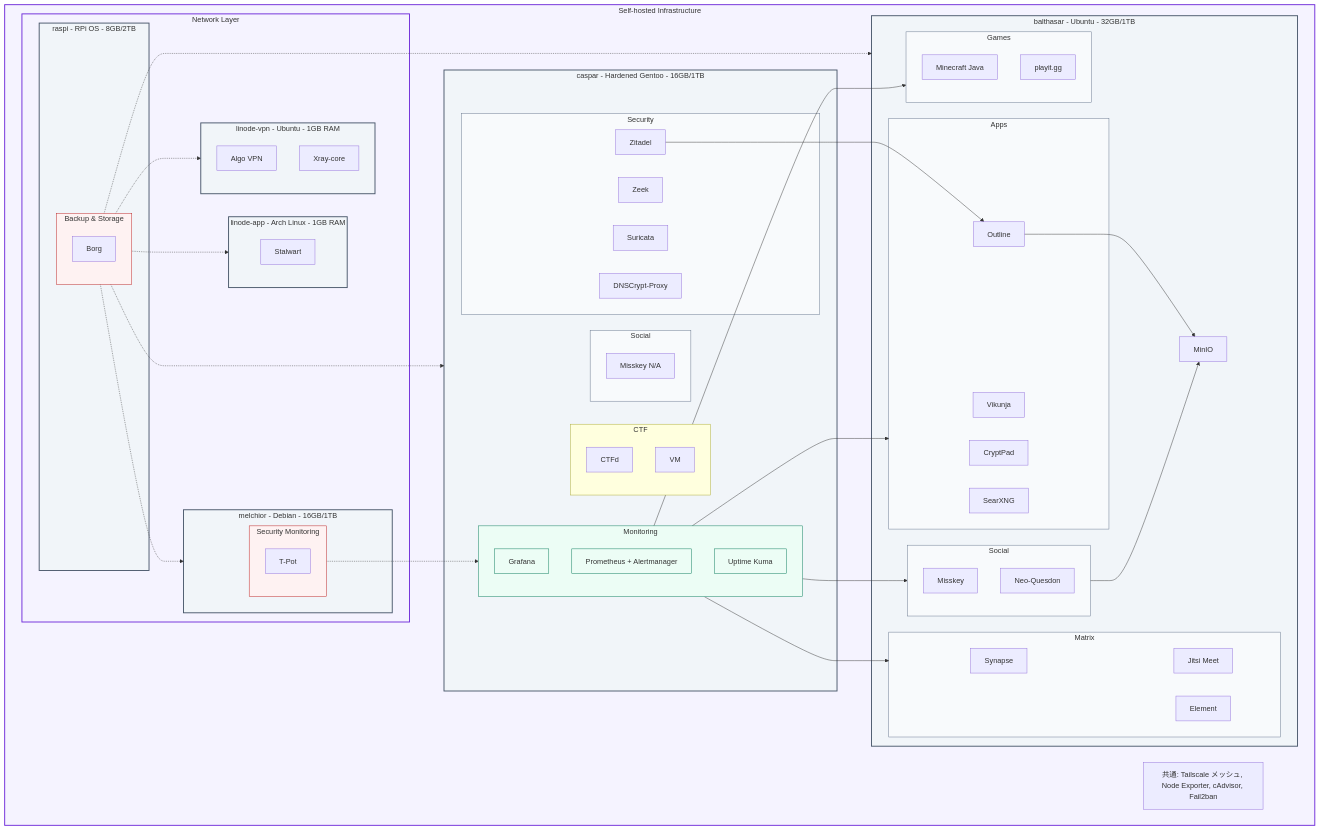
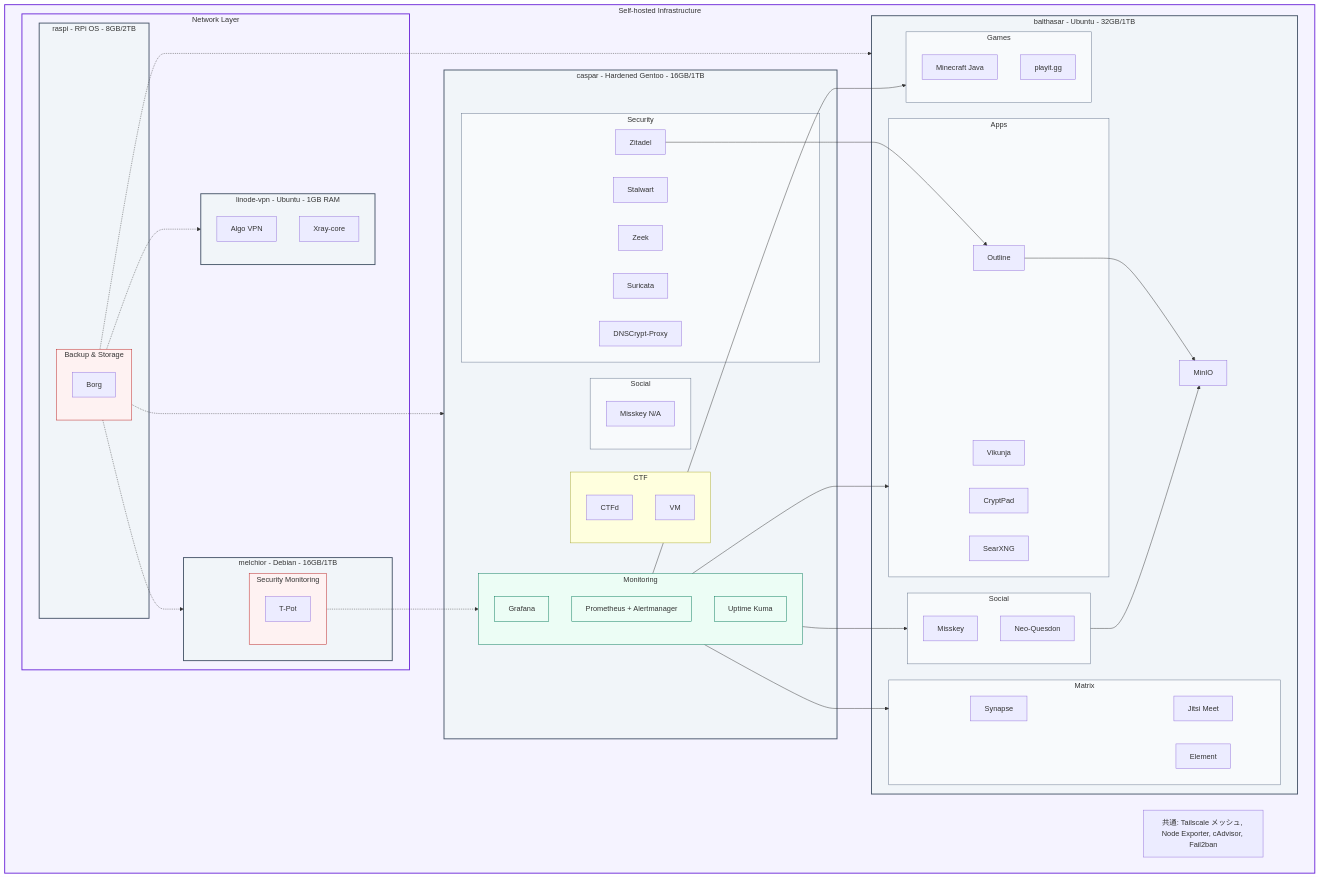
Before and after one commit to yamisskey-dev/hosted-list: the diagram in README.md, drawn with Mermaid.

```diff
--- a/README.md
+++ b/README.md
@@ -14,10 +14,6 @@
         subgraph linode_vpn["linode-vpn - Ubuntu - 1GB RAM"]
             algo[Algo VPN]
             xray[Xray-core]
-        end
-        
-        subgraph linode_app["linode-app - Arch Linux - 1GB RAM"]
-            stalwart[Stalwart]
         end
         
         subgraph raspi[raspi - RPi OS - 8GB/2TB]
@@ -36,6 +32,7 @@
     subgraph caspar[caspar - Hardened Gentoo - 16GB/1TB]
         subgraph security[Security]
             zitadel[Zitadel]
+            stalwart[Stalwart]
             zeek[Zeek]
             suricata[Suricata]
             dnscrypt-proxy[DNSCrypt-Proxy]
@@ -80,7 +77,7 @@
 %% Dependencies
 zitadel --> outline
 nsm -.-> monitoring
-backup -.-> balthasar & caspar & melchior & linode_vpn & linode_app
+backup -.-> balthasar & caspar & melchior & linode_vpn
 monitoring --> social & matrix & apps & games
 social --> minio
 outline --> minio
```
